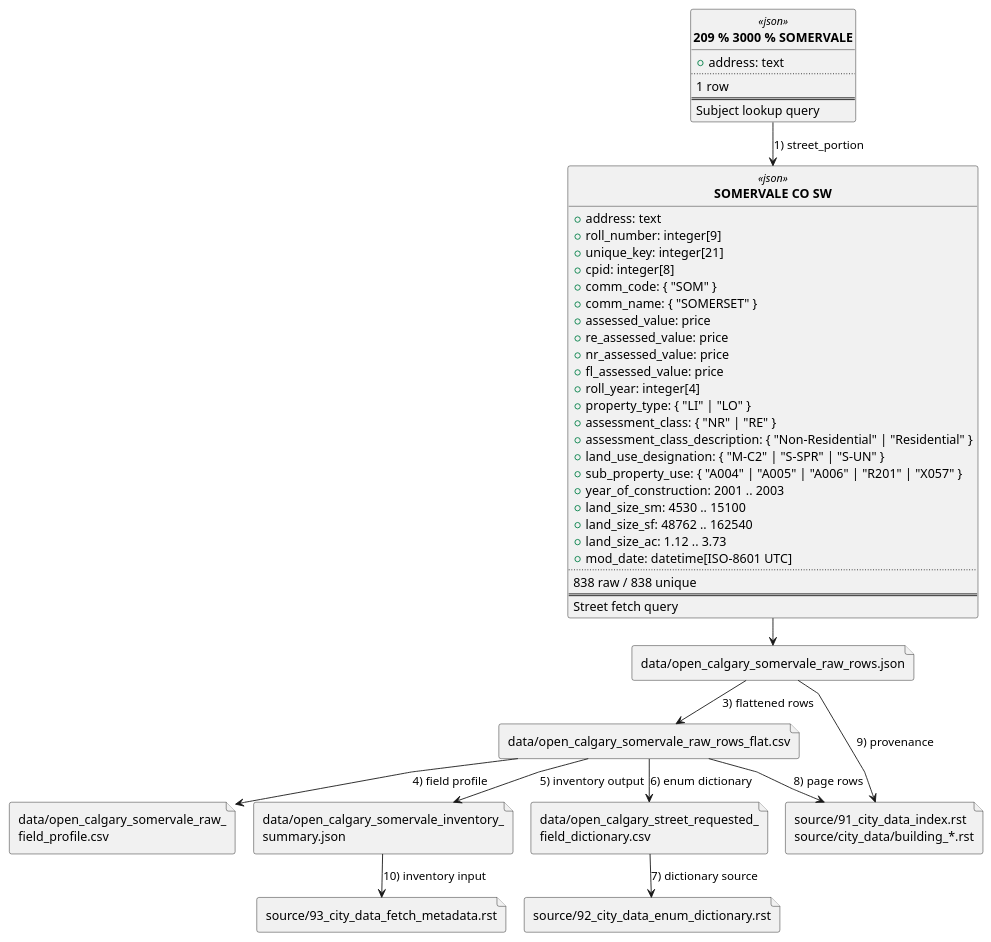
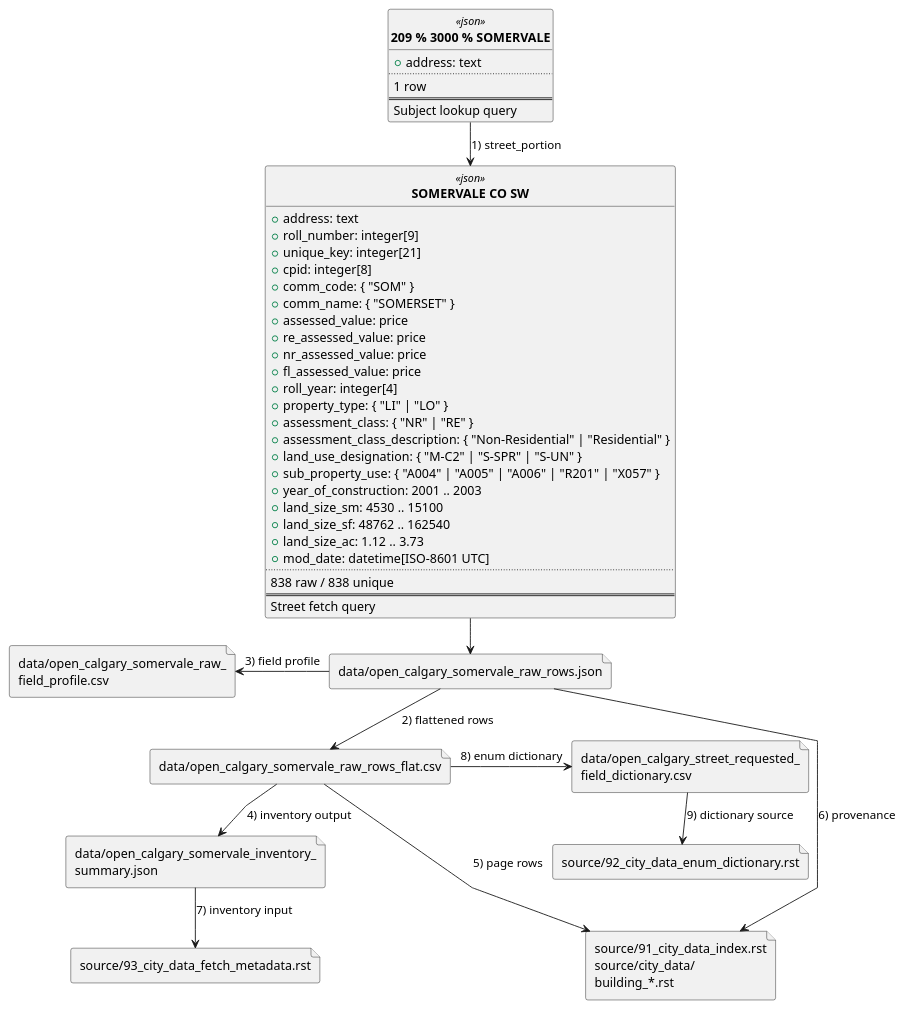
Before and after one commit to af-07-0744/somerset-sale: the diagram in source/93_city_data_fetch_metadata.rst, drawn with PlantUML. The commit also changed 2 other files, not shown here.

Commit message:
Made the diagram more tidy.

```diff
--- a/source/93_city_data_fetch_metadata.rst
+++ b/source/93_city_data_fetch_metadata.rst
@@ -18,72 +18,71 @@
 .. uml::
 
    @startuml
    top to bottom direction
    allowmixing
    hide circle
    skinparam linetype polyline
    skinparam shadowing false
    skinparam nodesep 20
    skinparam ranksep 30
 
    class "**209 % 3000 % SOMERVALE**" as query_1 <<json>> {
      + address: text
      ..
      1 row
      ==
      Subject lookup query
    }
    class "**SOMERVALE CO SW**" as query_2 <<json>> {
      + address: text
      + roll_number: integer[9]
      + unique_key: integer[21]
      + cpid: integer[8]
      + comm_code: { "SOM" }
      + comm_name: { "SOMERSET" }
      + assessed_value: price
      + re_assessed_value: price
      + nr_assessed_value: price
      + fl_assessed_value: price
      + roll_year: integer[4]
      + property_type: { "LI" | "LO" }
      + assessment_class: { "NR" | "RE" }
      + assessment_class_description: { "Non-Residential" | "Residential" }
      + land_use_designation: { "M-C2" | "S-SPR" | "S-UN" }
      + sub_property_use: { "A004" | "A005" | "A006" | "R201" | "X057" }
      + year_of_construction: 2001 .. 2003
      + land_size_sm: 4530 .. 15100
      + land_size_sf: 48762 .. 162540
      + land_size_ac: 1.12 .. 3.73
      + mod_date: datetime[ISO-8601 UTC]
      ..
      838 raw / 838 unique
      ==
      Street fetch query
    }
    file "data/open_calgary_somervale_raw_rows.json" as raw_json
    file "data/open_calgary_somervale_raw_rows_flat.csv" as flat_csv
    file "data/open_calgary_somervale_raw_\nfield_profile.csv" as field_profile
    file "data/open_calgary_somervale_inventory_\nsummary.json" as inventory_summary
    file "data/open_calgary_street_requested_\nfield_dictionary.csv" as enum_dictionary
    file "source/92_city_data_enum_dictionary.rst" as enum_rst
-   file "source/91_city_data_index.rst\nsource/city_data/building_*.rst" as city_pages
+   file "source/91_city_data_index.rst\nsource/city_data/\nbuilding_*.rst" as city_pages
    file "source/93_city_data_fetch_metadata.rst" as metadata_rst
 
    query_1 --> query_2 : 1) street_portion
 
    query_2 --> raw_json
-   raw_json -down-> flat_csv : 3) flattened rows
-   flat_csv -down-> field_profile : 4) field profile
+   raw_json -down-> flat_csv : 2) flattened rows
+   raw_json -left-> field_profile : 3) field profile
 
-   flat_csv -down-> inventory_summary : 5) inventory output
-   flat_csv -right-> enum_dictionary : 6) enum dictionary
-   enum_dictionary -down-> enum_rst : 7) dictionary source
+   flat_csv -down-> inventory_summary : 4) inventory output
+   flat_csv -right-> city_pages : 5) page rows
+   raw_json -right-> city_pages : 6) provenance
 
-   flat_csv -right-> city_pages : 8) page rows
-   raw_json -right-> city_pages : 9) provenance
+   inventory_summary -down-> metadata_rst : 7) inventory input
+   flat_csv -right-> enum_dictionary : 8) enum dictionary
+   enum_dictionary -down-> enum_rst : 9) dictionary source
 
-   inventory_summary -down-> metadata_rst : 10) inventory input
-   field_profile -[hidden]right-> inventory_summary
-   inventory_summary -[hidden]right-> enum_dictionary
-   enum_dictionary -[hidden]right-> city_pages
+   field_profile -[hidden]down-> inventory_summary
+   enum_rst -[hidden]down-> city_pages
    @enduml
```
